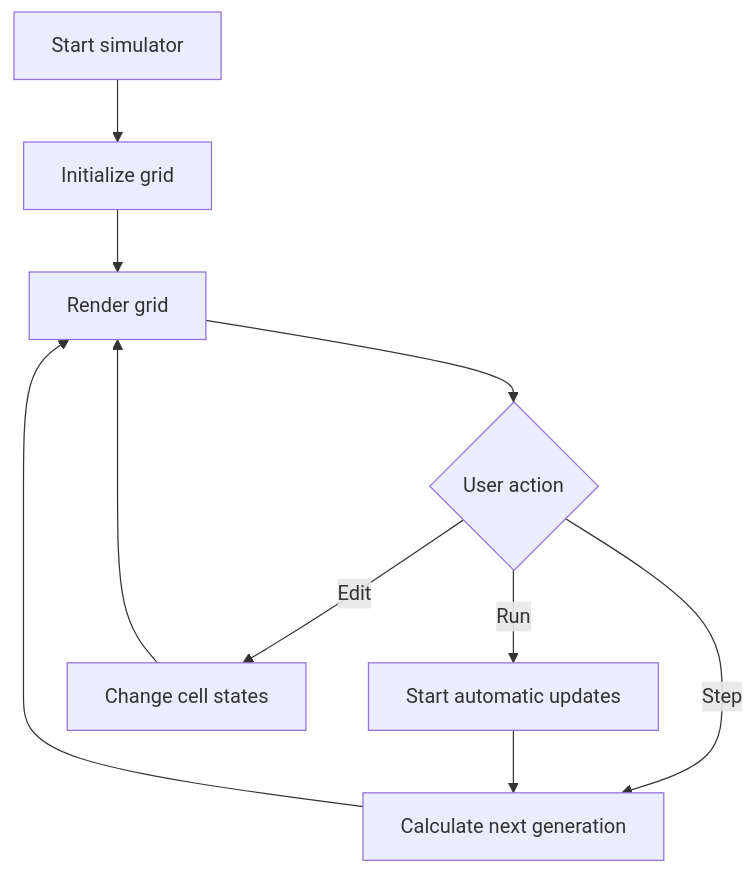
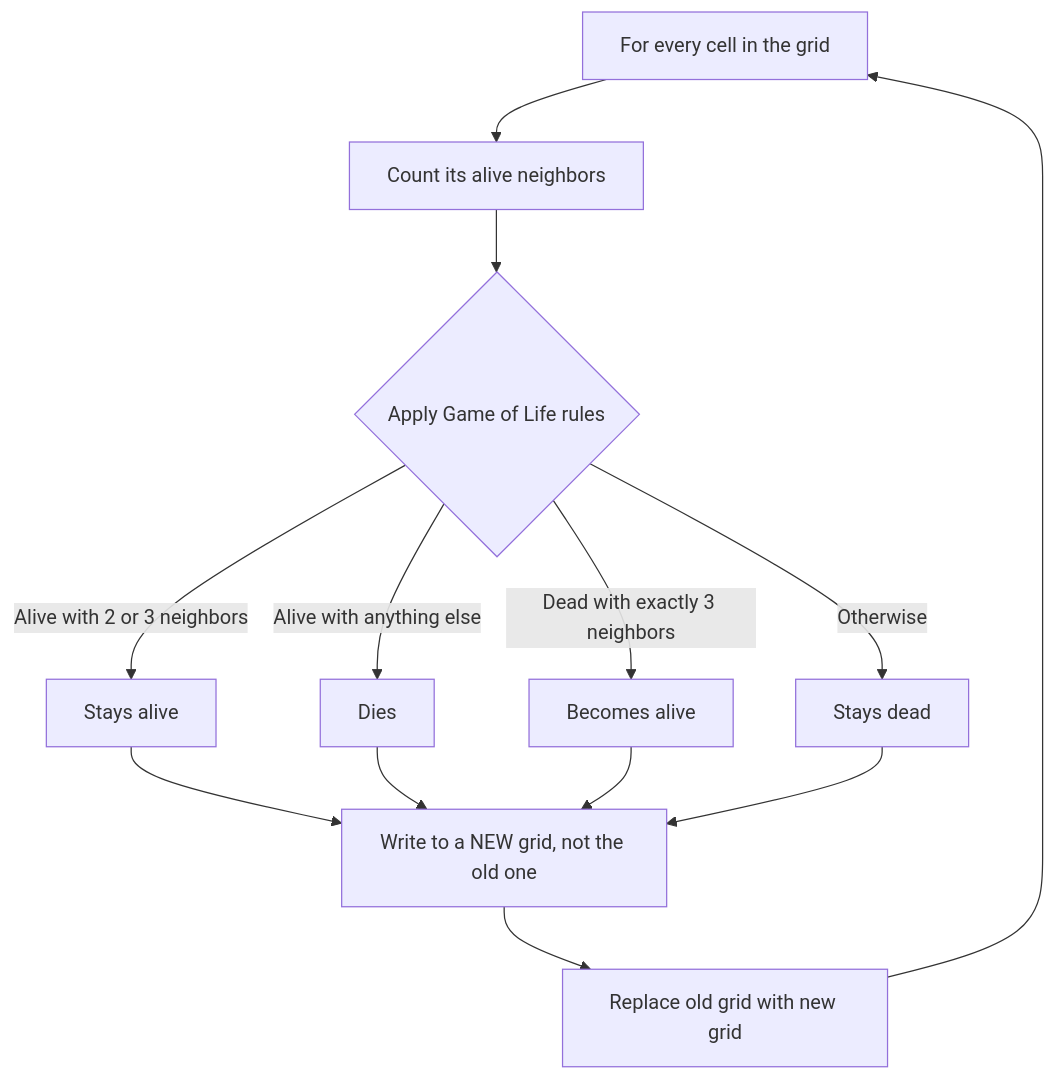
One commit to rmalkevy/Programming-Practice-Projects changed the diagram in labs/lab-14-cellular-automata.md. Above: the diagram before and after it, drawn with Mermaid. The commit also changed other lines of this file and 3 other files, not shown here.

````diff
--- a/labs/lab-14-cellular-automata.md
+++ b/labs/lab-14-cellular-automata.md
@@ -35,12 +48,15 @@
 ```mermaid
 flowchart TD
-    A[Start simulator] --> B[Initialize grid]
-    B --> C[Render grid]
-    C --> D{User action}
-    D -- Step --> E[Calculate next generation]
-    D -- Run --> F[Start automatic updates]
-    D -- Edit --> G[Change cell states]
-    E --> C
-    F --> E
-    G --> C
+    A[For every cell in the grid] --> B[Count its alive neighbors]
+    B --> C{Apply Game of Life rules}
+    C -- Alive with 2 or 3 neighbors --> D[Stays alive]
+    C -- Alive with anything else --> E[Dies]
+    C -- Dead with exactly 3 neighbors --> F[Becomes alive]
+    C -- Otherwise --> G[Stays dead]
+    D --> H[Write to a NEW grid, not the old one]
+    E --> H
+    F --> H
+    G --> H
+    H --> I[Replace old grid with new grid]
+    I --> A
 ```
````
